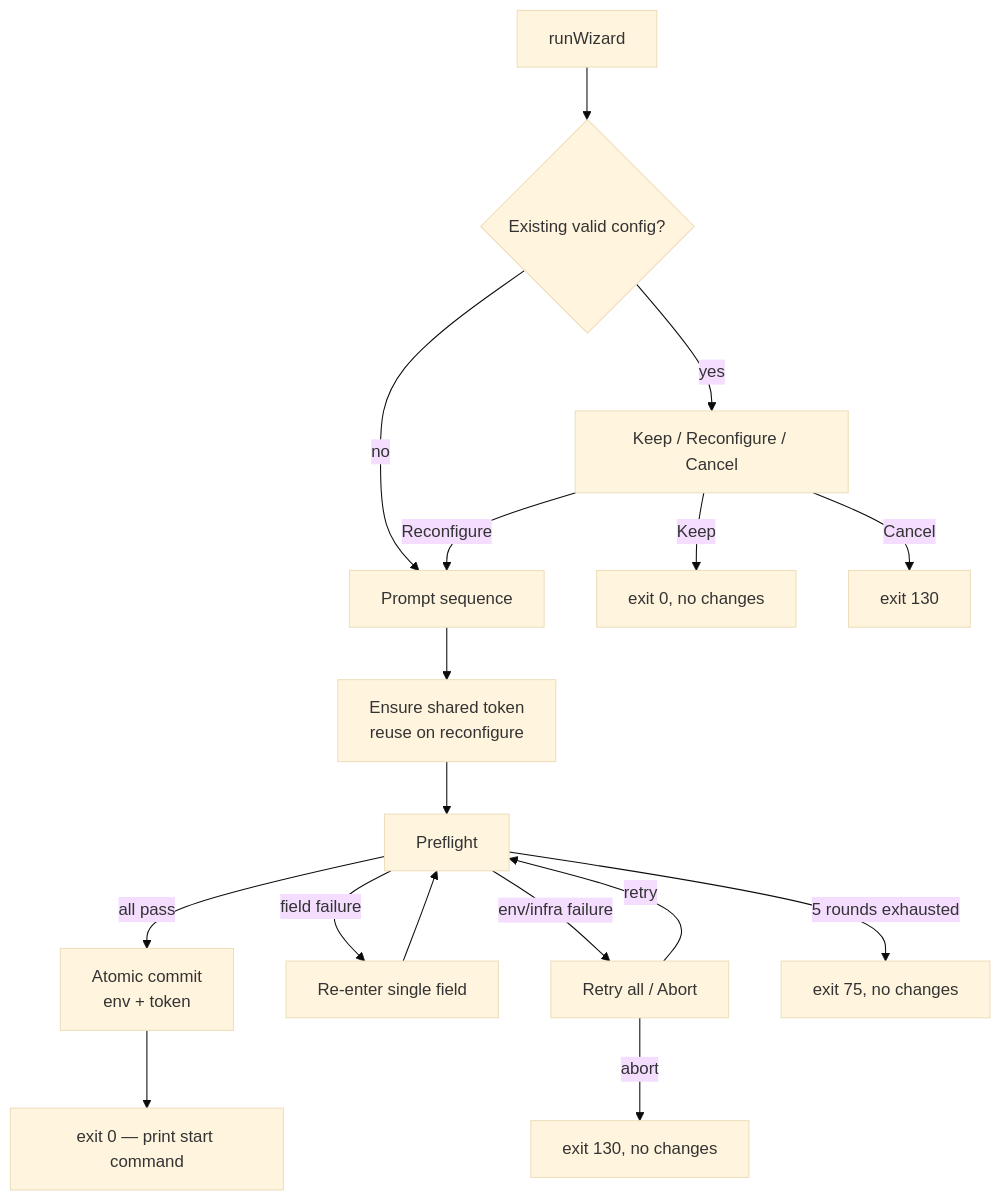
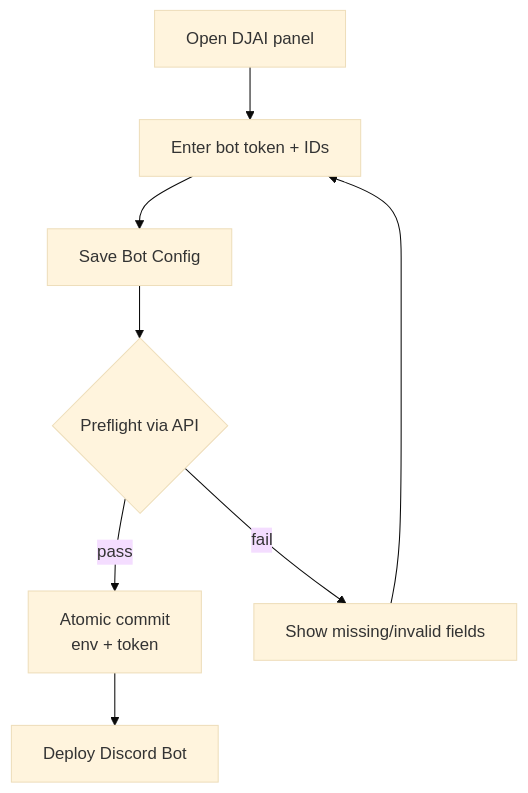
The first of 2 diagrams in tidaldl-py/docs/bot-onboarding.md (STEPPING3DCAD/music-dl), drawn with Mermaid (base theme) before and after one commit. The commit also changed other lines of this file and 117 other files, not shown here.

````diff
--- a/tidaldl-py/docs/bot-onboarding.md
+++ b/tidaldl-py/docs/bot-onboarding.md
@@ -77,19 +75,10 @@
 ```mermaid
 flowchart TD
-    A[runWizard] --> B{Existing valid config?}
-    B -->|yes| C[Keep / Reconfigure / Cancel]
-    B -->|no| P[Prompt sequence]
-    C -->|Keep| X0[exit 0, no changes]
-    C -->|Cancel| X1[exit 130]
-    C -->|Reconfigure| P
-    P --> T[Ensure shared token<br/>reuse on reconfigure]
-    T --> PF[Preflight]
-    PF -->|all pass| COM[Atomic commit<br/>env + token]
-    PF -->|field failure| RF[Re-enter single field]
-    PF -->|env/infra failure| RA[Retry all / Abort]
-    RF --> PF
-    RA -->|retry| PF
-    RA -->|abort| X2[exit 130, no changes]
-    PF -->|5 rounds exhausted| X3[exit 75, no changes]
-    COM --> X4[exit 0 — print start command]
+    A[Open DJAI panel] --> B[Enter bot token + IDs]
+    B --> C[Save Bot Config]
+    C --> D{Preflight via API}
+    D -->|pass| E[Atomic commit<br/>env + token]
+    D -->|fail| F[Show missing/invalid fields]
+    F --> B
+    E --> G[Deploy Discord Bot]
 ```
````
